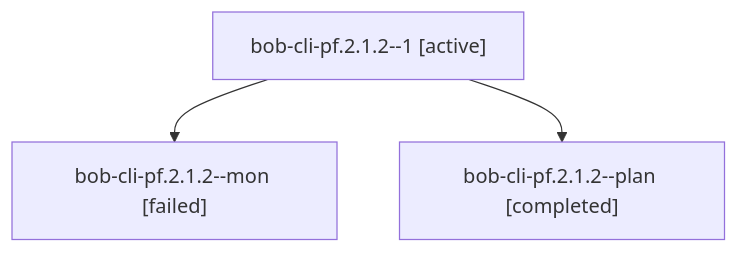
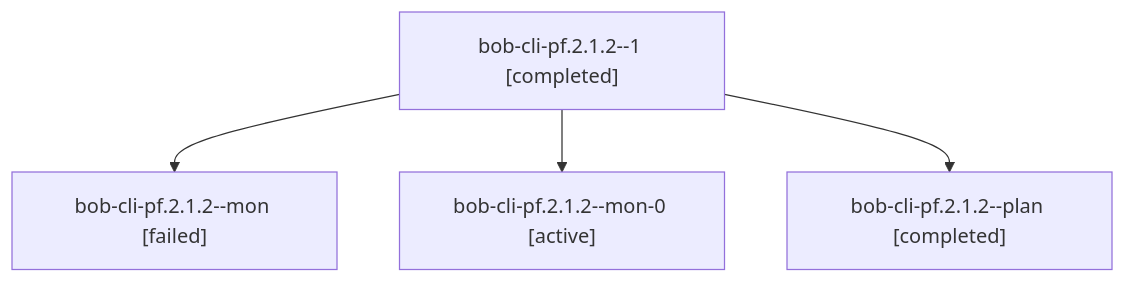
Before and after one commit to bobs-org/bob-cli--agents: the diagram in sessions/bbugyi200.apollo.bob-cli-pf.2.1.2.md, drawn with Mermaid. The commit also changed other lines of this file and 69 other files, not shown here.

````diff
--- a/sessions/bbugyi200.apollo.bob-cli-pf.2.1.2.md
+++ b/sessions/bbugyi200.apollo.bob-cli-pf.2.1.2.md
@@ -9,8 +9,10 @@
 ```mermaid
 flowchart TD
-  n0["bob-cli-pf.2.1.2--1 [active]"]
+  n0["bob-cli-pf.2.1.2--1 [completed]"]
   n1["bob-cli-pf.2.1.2--mon [failed]"]
   n0 --> n1
-  n2["bob-cli-pf.2.1.2--plan [completed]"]
+  n2["bob-cli-pf.2.1.2--mon-0 [active]"]
   n0 --> n2
+  n3["bob-cli-pf.2.1.2--plan [completed]"]
+  n0 --> n3
 ```
````
